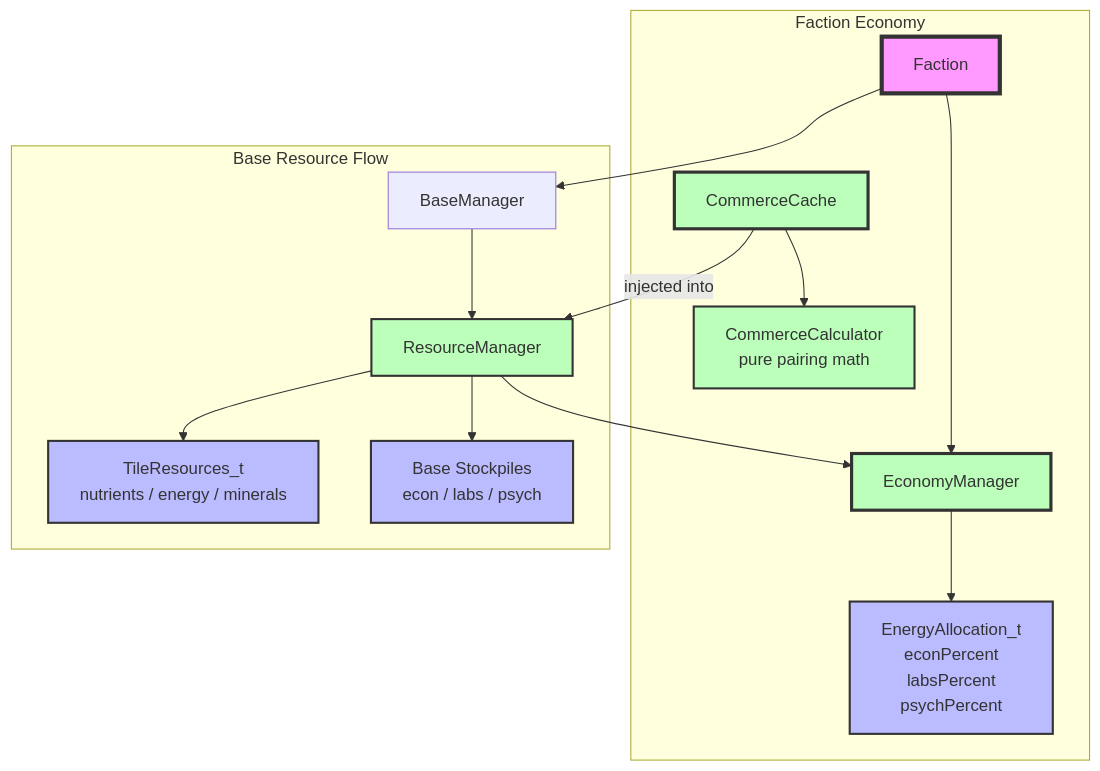
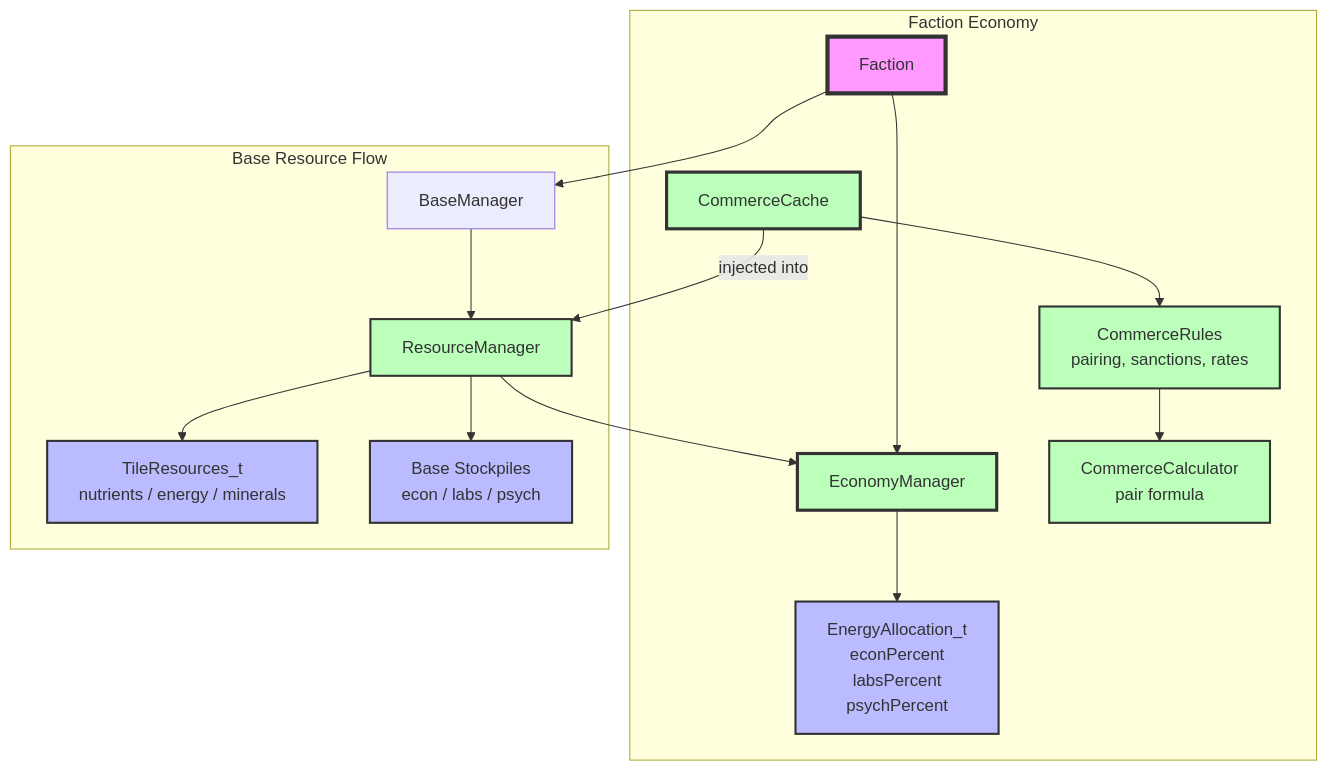
Before and after one commit to kilianloftis/alpha-centauri: the diagram in docs/architecture/economy-system.md, drawn with Mermaid. The commit also changed other lines of this file and 18 other files, not shown here.

First line of the commit message:
CommerceCalculator evaluates the pair formula only

````diff
--- a/docs/architecture/economy-system.md
+++ b/docs/architecture/economy-system.md
@@ -3,37 +3,40 @@
 ```mermaid
 graph TB
     subgraph "Faction Economy"
         Faction[Faction]
         EconomyManager[EconomyManager]
         EnergyAllocation[EnergyAllocation_t<br/>econPercent<br/>labsPercent<br/>psychPercent]
         CommerceCache[CommerceCache]
-        CommerceCalculator[CommerceCalculator<br/>pure pairing math]
+        CommerceRules[CommerceRules<br/>pairing, sanctions, rates]
+        CommerceCalculator[CommerceCalculator<br/>pair formula]
     end
 
     subgraph "Base Resource Flow"
         BaseManager[BaseManager]
         ResourceManager[ResourceManager]
         TileResources[TileResources_t<br/>nutrients / energy / minerals]
         Stockpiles[Base Stockpiles<br/>econ / labs / psych]
     end
 
     Faction --> EconomyManager
     EconomyManager --> EnergyAllocation
     CommerceCache -->|"injected into"| ResourceManager
-    CommerceCache --> CommerceCalculator
+    CommerceCache --> CommerceRules
+    CommerceRules --> CommerceCalculator
 
     Faction --> BaseManager
     BaseManager --> ResourceManager
     ResourceManager --> EconomyManager
     ResourceManager --> TileResources
     ResourceManager --> Stockpiles
 
     style Faction fill:#f9f,stroke:#333,stroke-width:4px
     style EconomyManager fill:#bfb,stroke:#333,stroke-width:3px
     style CommerceCache fill:#bfb,stroke:#333,stroke-width:3px
+    style CommerceRules fill:#bfb,stroke:#333,stroke-width:2px
     style CommerceCalculator fill:#bfb,stroke:#333,stroke-width:2px
     style ResourceManager fill:#bfb,stroke:#333,stroke-width:2px
     style EnergyAllocation fill:#bbf,stroke:#333,stroke-width:2px
     style TileResources fill:#bbf,stroke:#333,stroke-width:2px
     style Stockpiles fill:#bbf,stroke:#333,stroke-width:2px
 ```
````
